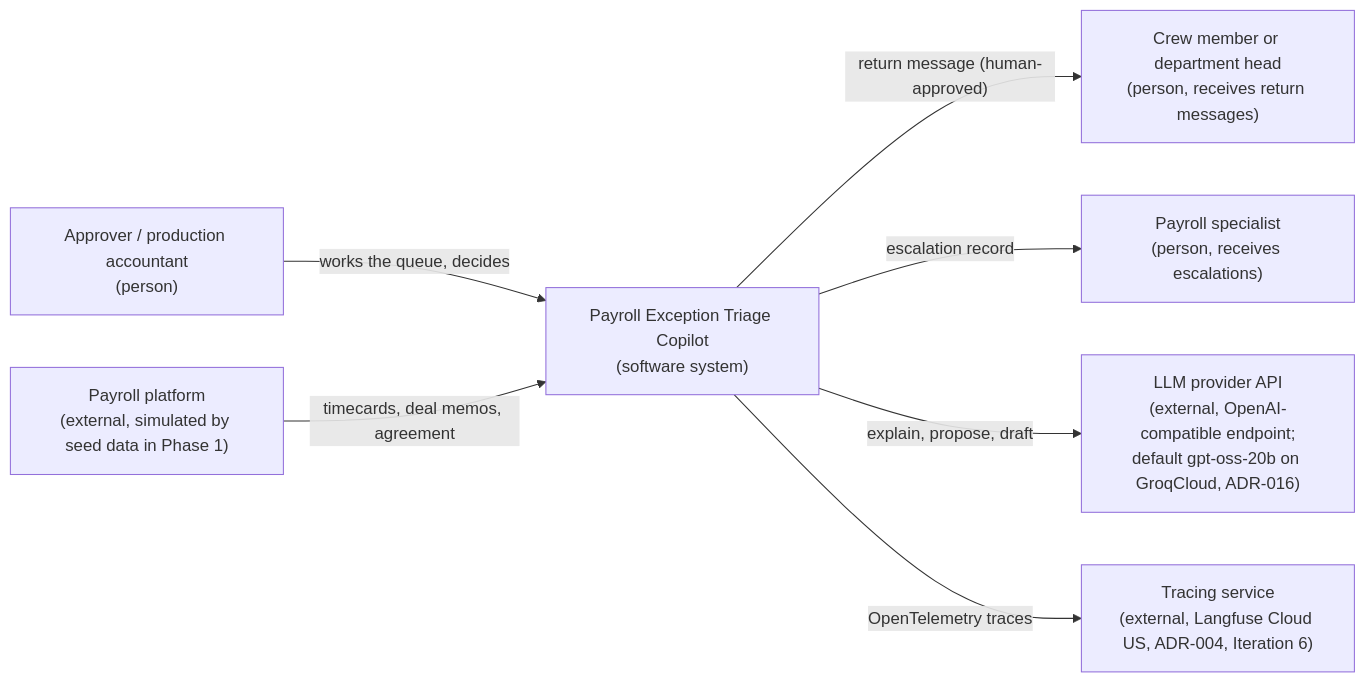
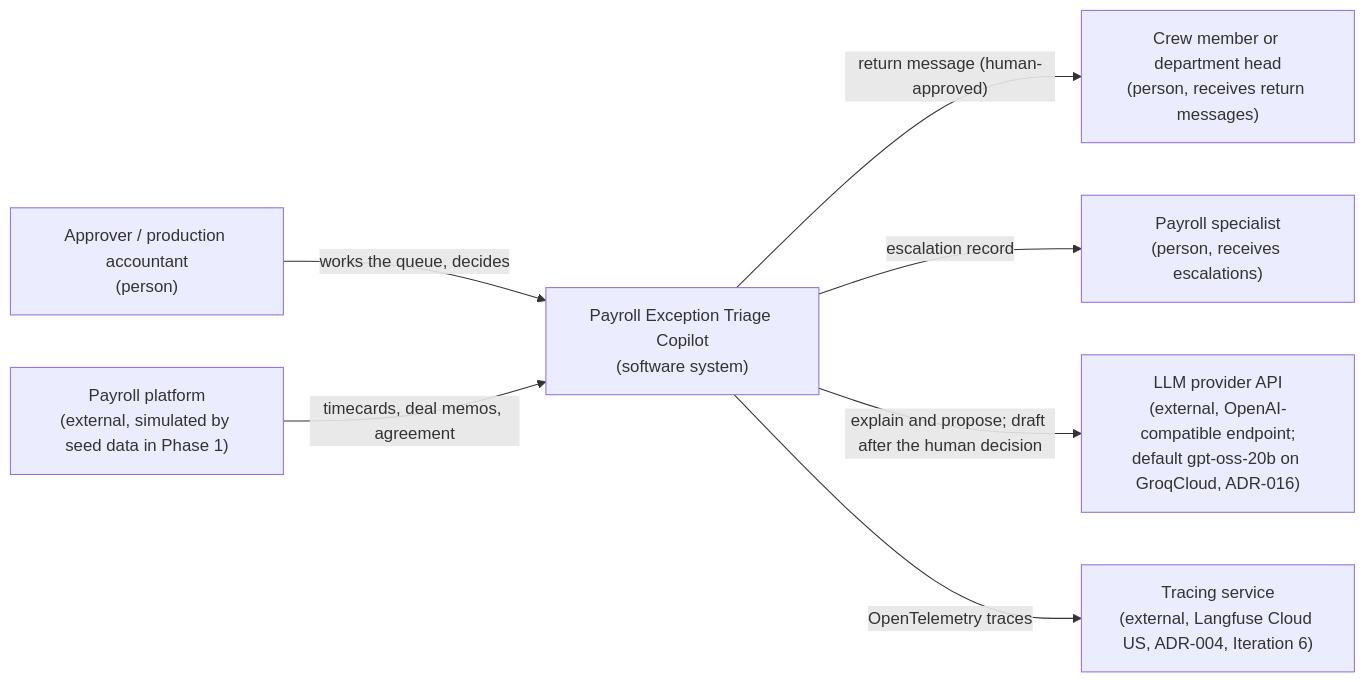
Before and after one commit to Roygrh/payroll-exception-triage-copilot: the first of 5 diagrams in docs/architecture/overview.md, drawn with Mermaid. The commit also changed other lines of this file and 38 other files, not shown here.

First line of the commit message:
Fix first real-run findings: draft after decision, merged LLM call, token reduction

````diff
--- a/docs/architecture/overview.md
+++ b/docs/architecture/overview.md
@@ -7,17 +7,17 @@
 ```mermaid
 flowchart LR
     approver["Approver / production accountant<br/>(person)"]
     specialist["Payroll specialist<br/>(person, receives escalations)"]
     employee["Crew member or department head<br/>(person, receives return messages)"]
     system["Payroll Exception Triage Copilot<br/>(software system)"]
     llm["LLM provider API<br/>(external, OpenAI-compatible endpoint;<br/>default gpt-oss-20b on GroqCloud, ADR-016)"]
     tracing["Tracing service<br/>(external, Langfuse Cloud US, ADR-004, Iteration 6)"]
     payroll["Payroll platform<br/>(external, simulated by seed data in Phase 1)"]
 
     approver -->|"works the queue, decides"| system
     system -->|"return message (human-approved)"| employee
     system -->|"escalation record"| specialist
-    system -->|"explain, propose, draft"| llm
+    system -->|"explain and propose; draft after the human decision"| llm
     system -->|"OpenTelemetry traces"| tracing
     payroll -->|"timecards, deal memos, agreement"| system
 ```
````
